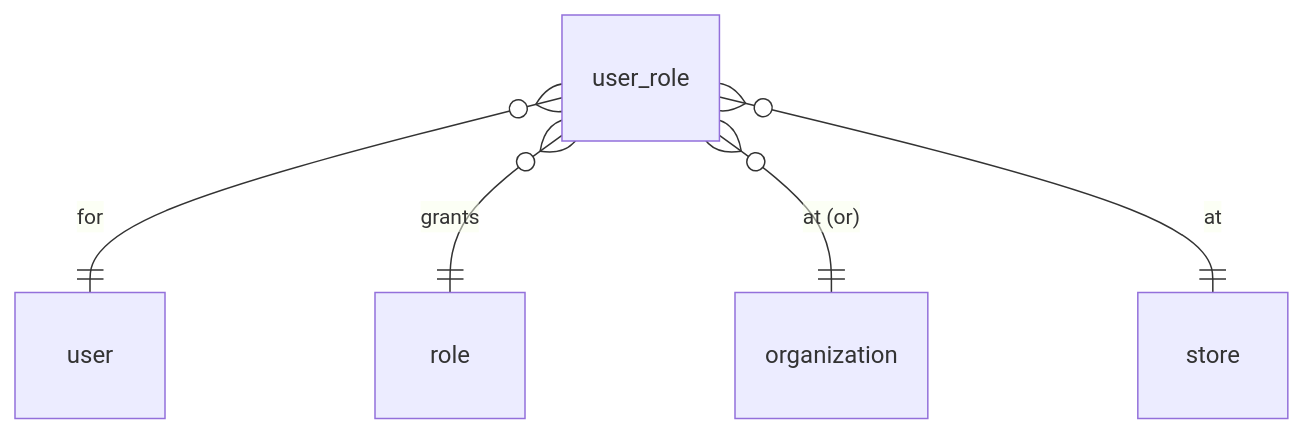
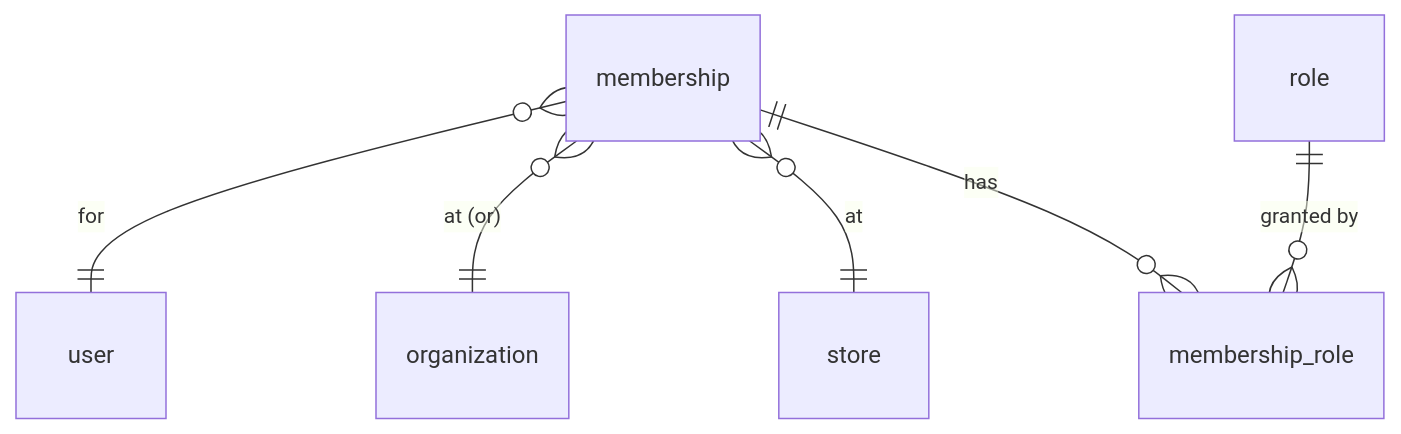
One commit to Shahrukh489/gekkosuite-api changed the fourth of 7 diagrams in docs/database.md. Above: the diagram before and after it, drawn with Mermaid. The commit also changed other lines of this file and 2 other files, not shown here.

Commit message:
adding a key membership table

````diff
--- a/docs/database.md
+++ b/docs/database.md
@@ -217,7 +238,8 @@
 ```mermaid
 erDiagram
-    user_role }o--|| user : "for"
-    user_role }o--|| role : "grants"
-    user_role }o--|| organization : "at (or)"
-    user_role }o--|| store : "at"
+    membership }o--|| user : "for"
+    membership }o--|| organization : "at (or)"
+    membership }o--|| store : "at"
+    membership ||--o{ membership_role : "has"
+    role       ||--o{ membership_role : "granted by"
 ```
````
